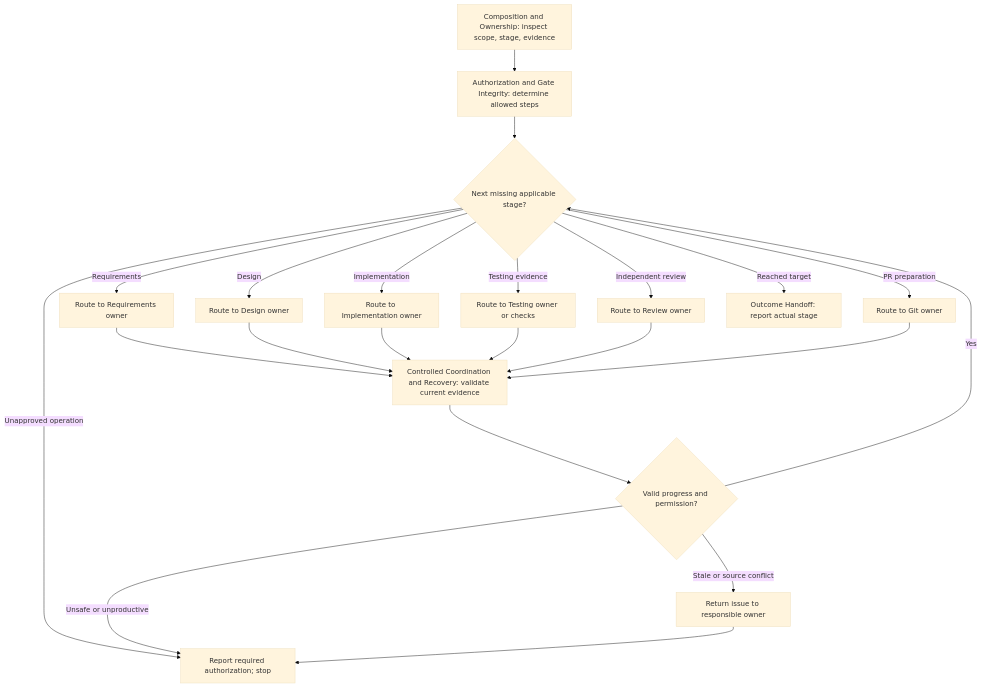
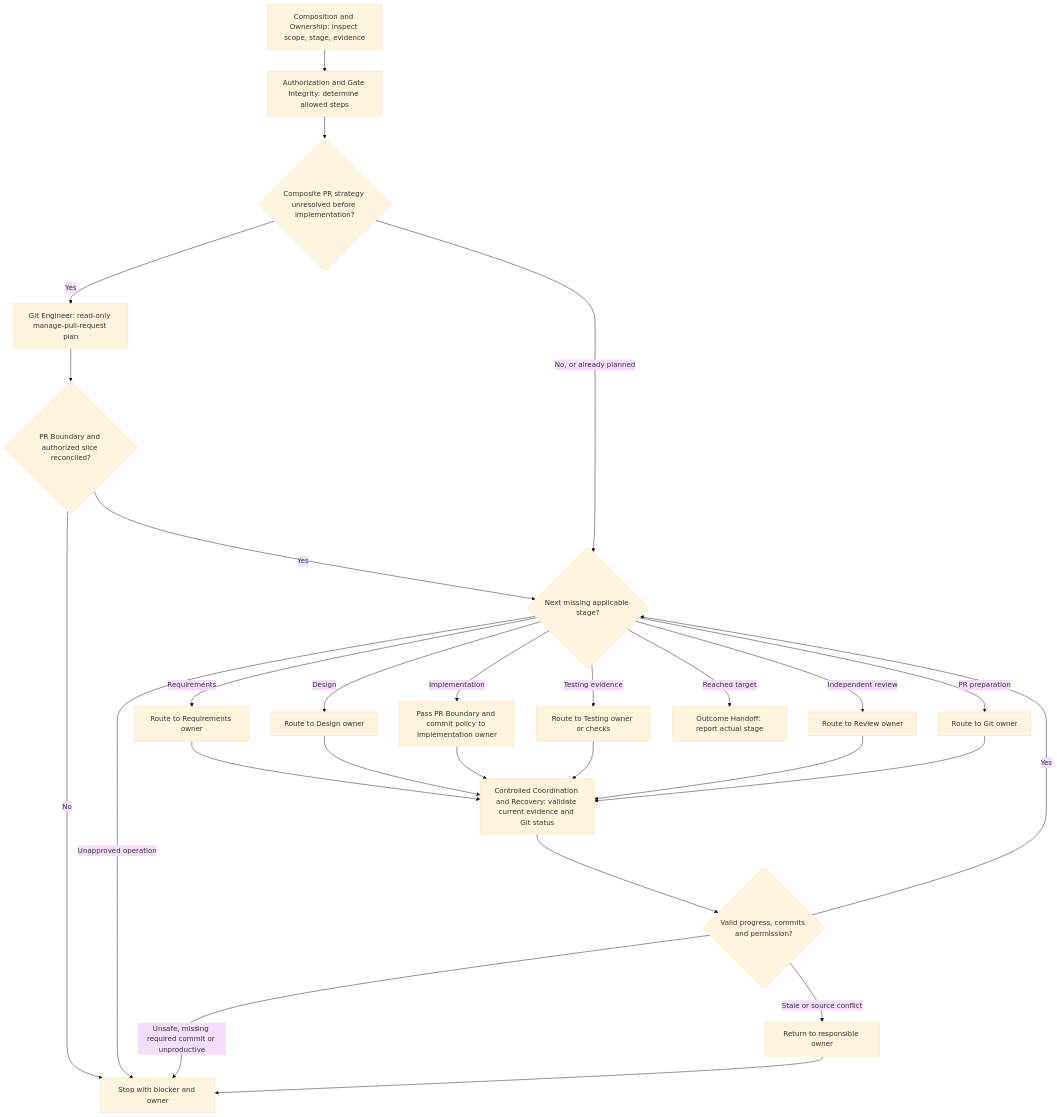
Before and after one commit to JadsonLucena/agent-toolkit: the diagram in contexts/delivery/skills/coordinate-delivery/SKILL.md, drawn with Mermaid (base theme). The commit also changed other lines of this file and 4 other files, not shown here.

Commit message:
fix(delivery): enforce Git PR planning and verified commit handoffs

````diff
--- a/contexts/delivery/skills/coordinate-delivery/SKILL.md
+++ b/contexts/delivery/skills/coordinate-delivery/SKILL.md
@@ -28,24 +28,29 @@
 ```mermaid
 flowchart TD
     Start["Composition and Ownership: inspect scope, stage, evidence"] --> Auth["Authorization and Gate Integrity: determine allowed steps"]
-    Auth --> Need{"Next missing applicable stage?"}
+    Auth --> Strategy{"Composite PR strategy unresolved before implementation?"}
+    Strategy -->|Yes| GitPlan["Git Engineer: read-only manage-pull-request plan"]
+    GitPlan --> PlanReady{"PR Boundary and authorized slice reconciled?"}
+    PlanReady -->|No| Block["Stop with blocker and owner"]
+    PlanReady -->|Yes| Need{"Next missing applicable stage?"}
+    Strategy -->|No, or already planned| Need
     Need -->|Requirements| Requirements["Route to Requirements owner"]
     Need -->|Design| Design["Route to Design owner"]
-    Need -->|Implementation| Implementation["Route to Implementation owner"]
+    Need -->|Implementation| Implementation["Pass PR Boundary and commit policy to Implementation owner"]
     Need -->|Testing evidence| Testing["Route to Testing owner or checks"]
     Need -->|Independent review| Review["Route to Review owner"]
     Need -->|PR preparation| Git["Route to Git owner"]
     Need -->|Reached target| Done["Outcome Handoff: report actual stage"]
-    Need -->|Unapproved operation| Block["Report required authorization; stop"]
+    Need -->|Unapproved operation| Block
     Requirements --> Reconcile
     Design --> Reconcile
     Implementation --> Reconcile
     Testing --> Reconcile
     Review --> Reconcile
     Git --> Reconcile
-    Reconcile["Controlled Coordination and Recovery: validate current evidence"] --> Decision{"Valid progress and permission?"}
+    Reconcile["Controlled Coordination and Recovery: validate current evidence and Git status"] --> Decision{"Valid progress, commits and permission?"}
     Decision -->|Yes| Need
-    Decision -->|Stale or source conflict| Source["Return issue to responsible owner"]
-    Decision -->|Unsafe or unproductive| Block
+    Decision -->|Stale or source conflict| Source["Return to responsible owner"]
+    Decision -->|Unsafe, missing required commit or unproductive| Block
     Source --> Block
 ```
````
